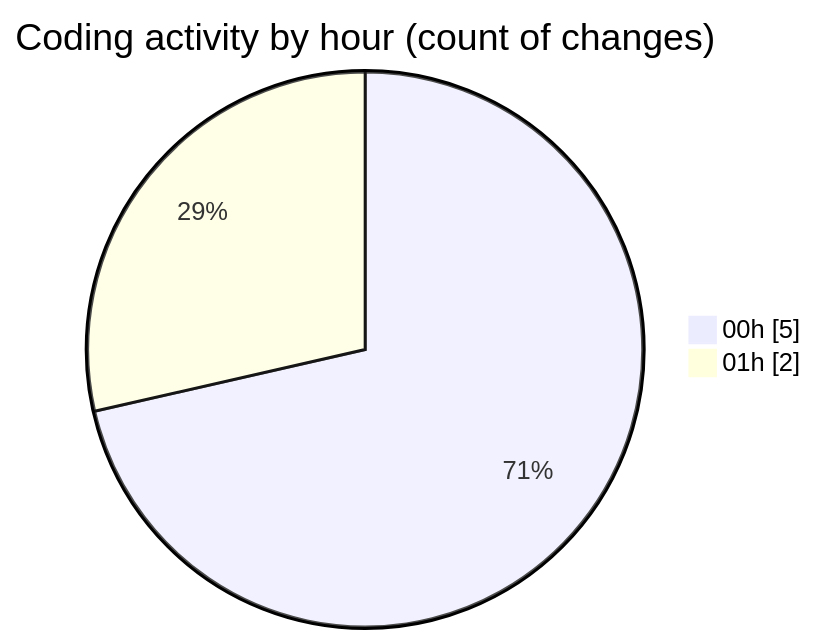
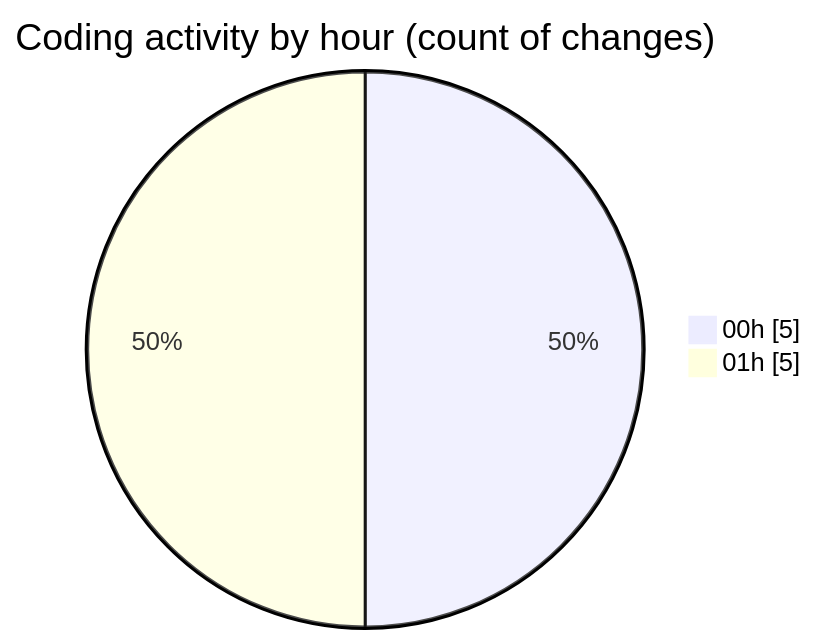
One commit to EIIisD/code-tracking changed the second of 2 diagrams in 2025-07-12/ribbon/README.md. Above: the diagram before and after it, drawn with Mermaid. The commit also changed other lines of this file and 1 other file, not shown here.

````diff
--- a/2025-07-12/ribbon/README.md
+++ b/2025-07-12/ribbon/README.md
@@ -30,6 +30,6 @@
 ```mermaid
 pie showData
 title Coding activity by hour (count of changes)
 "00h" : 5
-"01h" : 2
+"01h" : 5
 ```
````
